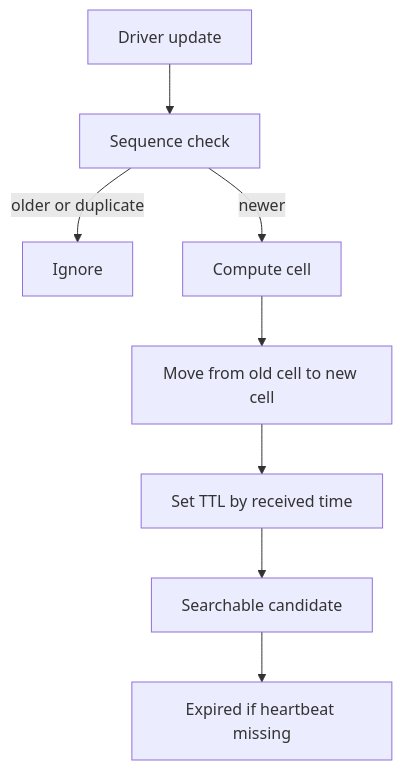
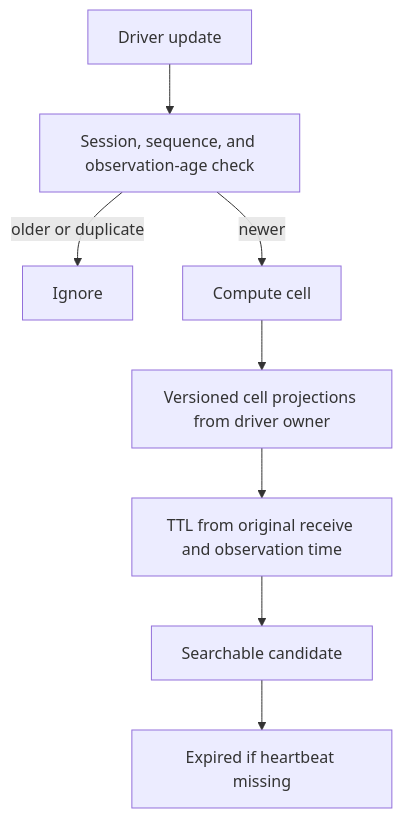
Before and after one commit to Pranshu258/system-design: the third of 5 diagrams in nearby-drivers-system-design.md, drawn with Mermaid. The commit also changed other lines of this file and 23 other files, not shown here.

````diff
--- a/nearby-drivers-system-design.md
+++ b/nearby-drivers-system-design.md
@@ -243,10 +247,10 @@
 ```mermaid
 flowchart TD
-    U["Driver update"] --> S["Sequence check"]
+    U["Driver update"] --> S["Session, sequence, and observation-age check"]
     S -->|"older or duplicate"| DROP["Ignore"]
     S -->|"newer"| C["Compute cell"]
-    C --> M["Move from old cell to new cell"]
-    M --> T["Set TTL by received time"]
+    C --> M["Versioned cell projections from driver owner"]
+    M --> T["TTL from original receive and observation time"]
     T --> Q["Searchable candidate"]
     Q --> E["Expired if heartbeat missing"]
 ```
````
